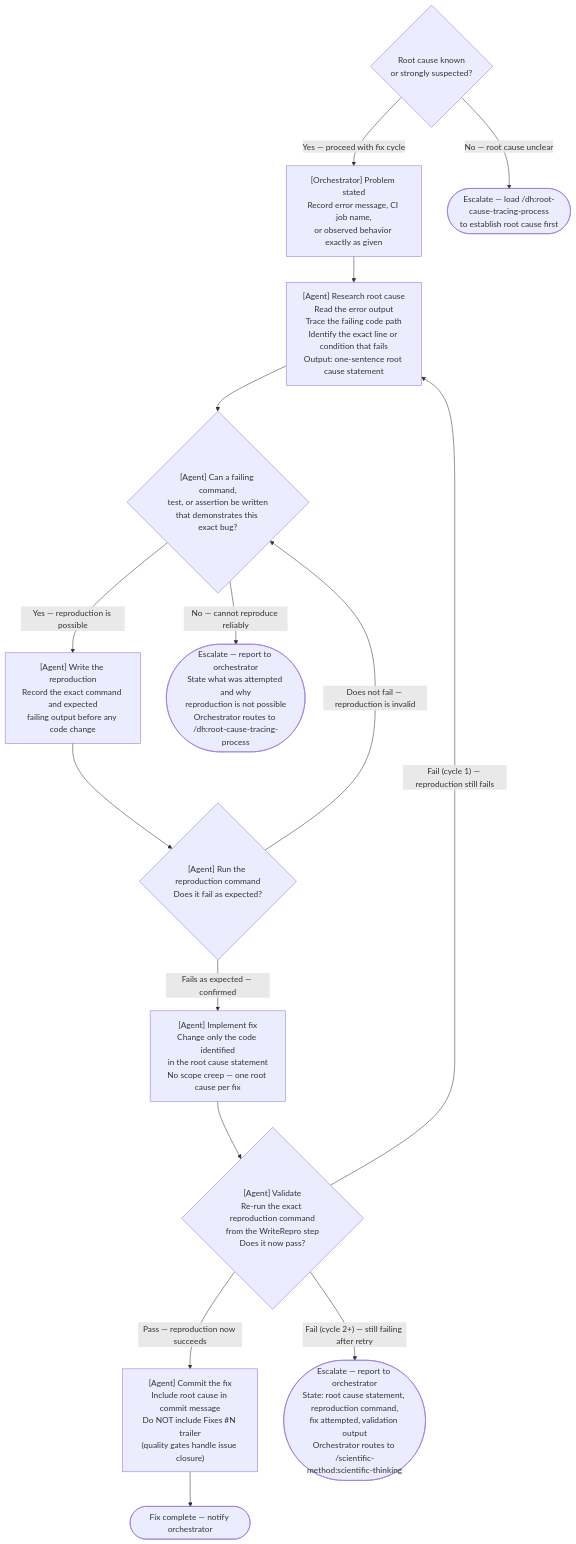
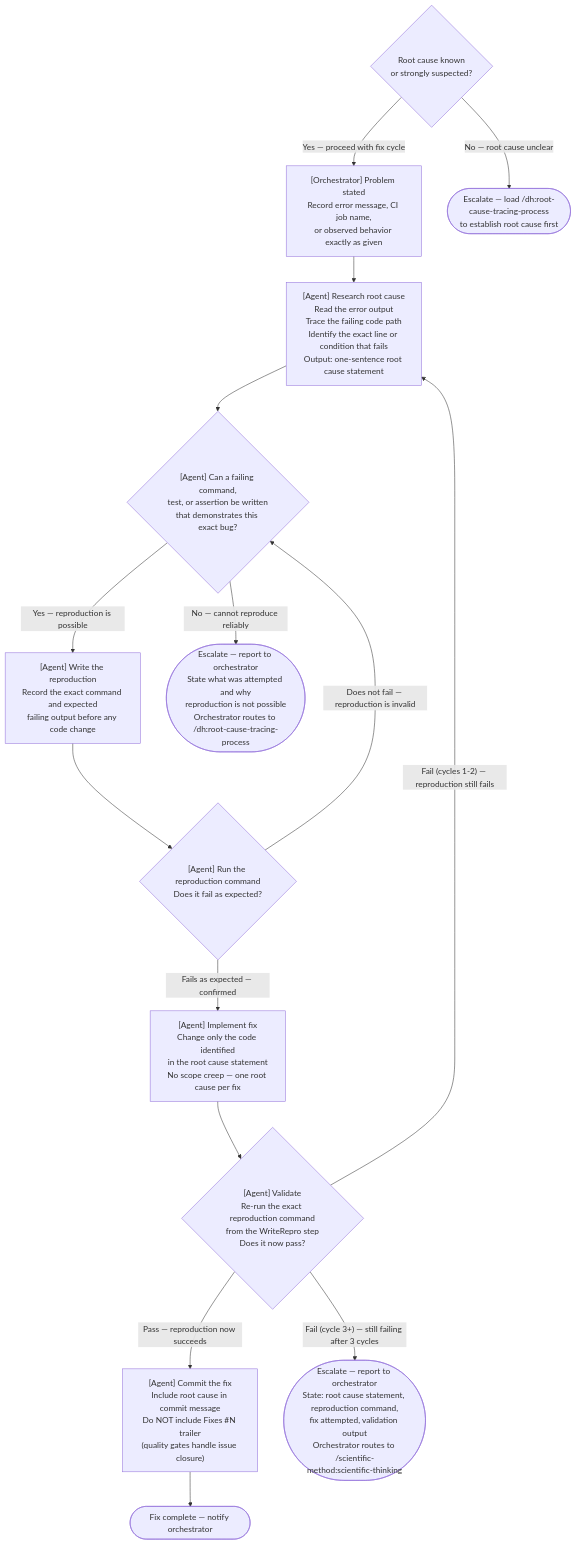
One commit to Jamie-BitFlight/claude_skills changed the diagram in rules/fix-delegation-discipline.md. Above: the diagram before and after it, drawn with Mermaid. The commit also changed other lines of this file and 8 other files, not shown here.

````diff
--- a/rules/fix-delegation-discipline.md
+++ b/rules/fix-delegation-discipline.md
@@ -7,26 +7,26 @@
 ```mermaid
 flowchart TD
     Entry{"Root cause known<br>or strongly suspected?"}
     Entry -->|"Yes — proceed with fix cycle"| P
     Entry -->|"No — root cause unclear"| TraceCause(["Escalate — load /dh:root-cause-tracing-process<br>to establish root cause first"])
 
     P["[Orchestrator] Problem stated<br>Record error message, CI job name,<br>or observed behavior exactly as given"]
     P --> R["[Agent] Research root cause<br>Read the error output<br>Trace the failing code path<br>Identify the exact line or condition that fails<br>Output: one-sentence root cause statement"]
 
     R --> Repro{"[Agent] Can a failing command,<br>test, or assertion be written<br>that demonstrates this exact bug?"}
     Repro -->|"Yes — reproduction is possible"| WriteRepro["[Agent] Write the reproduction<br>Record the exact command and expected<br>failing output before any code change"]
     Repro -->|"No — cannot reproduce reliably"| CannotRepro(["Escalate — report to orchestrator<br>State what was attempted and why<br>reproduction is not possible<br>Orchestrator routes to /dh:root-cause-tracing-process"])
 
     WriteRepro --> RunRepro{"[Agent] Run the reproduction command<br>Does it fail as expected?"}
     RunRepro -->|"Fails as expected — confirmed"| Impl
     RunRepro -->|"Does not fail — reproduction is invalid"| Repro
 
     Impl["[Agent] Implement fix<br>Change only the code identified<br>in the root cause statement<br>No scope creep — one root cause per fix"]
 
     Impl --> Val{"[Agent] Validate<br>Re-run the exact reproduction command<br>from the WriteRepro step<br>Does it now pass?"}
     Val -->|"Pass — reproduction now succeeds"| Commit["[Agent] Commit the fix<br>Include root cause in commit message<br>Do NOT include Fixes #N trailer<br>(quality gates handle issue closure)"]
     Commit --> Done(["Fix complete — notify orchestrator"])
 
-    Val -->|"Fail (cycle 1) — reproduction still fails"| R
-    Val -->|"Fail (cycle 2+) — still failing after retry"| Stuck(["Escalate — report to orchestrator<br>State: root cause statement, reproduction command,<br>fix attempted, validation output<br>Orchestrator routes to /scientific-method:scientific-thinking"])
+    Val -->|"Fail (cycles 1-2) — reproduction still fails"| R
+    Val -->|"Fail (cycle 3+) — still failing after 3 cycles"| Stuck(["Escalate — report to orchestrator<br>State: root cause statement, reproduction command,<br>fix attempted, validation output<br>Orchestrator routes to /scientific-method:scientific-thinking"])
 ```
````
